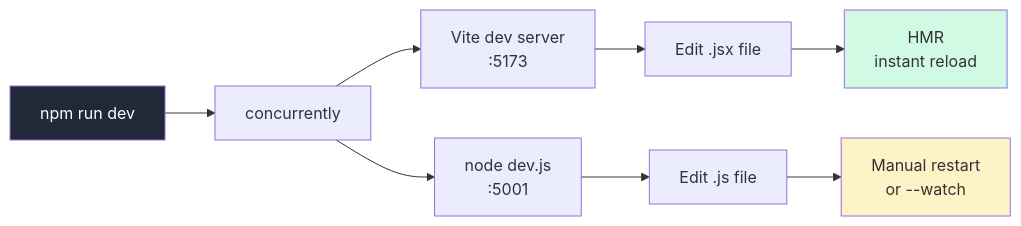
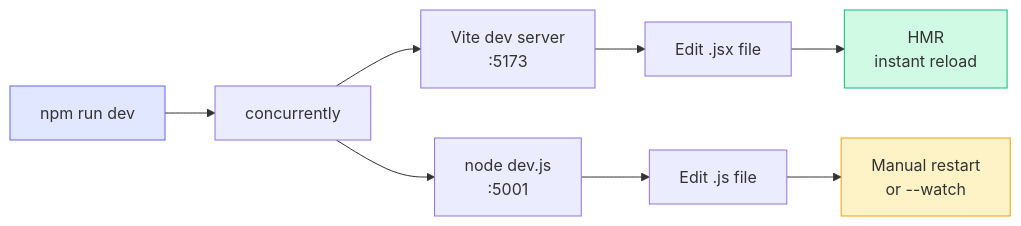
The third of 7 diagrams in docs/build-architecture.md (ahmadkhalil2021/fullstack-task-board), drawn with Mermaid before and after one commit. The commit also changed other lines of this file, not shown here.

First line of the commit message:
Fix dark mode font visibility in Mermaid diagrams

````diff
--- a/docs/build-architecture.md
+++ b/docs/build-architecture.md
@@ -88,14 +98,17 @@
 ```mermaid
 flowchart LR
     A[npm run dev] --> B[concurrently]
     B --> C[Vite dev server<br/>:5173]
     B --> D[node dev.js<br/>:5001]
     C --> E[Edit .jsx file]
     E --> F[HMR<br/>instant reload]
     D --> G[Edit .js file]
     G --> H[Manual restart<br/>or --watch]
 
-    style A fill:#1f2937,color:#fff
-    style F fill:#d1fae5
-    style H fill:#fef3c7
+    classDef inputNode fill:#e0e7ff,stroke:#6366f1
+    classDef outputNode fill:#d1fae5,stroke:#10b981
+    classDef warnNode fill:#fef3c7,stroke:#f59e0b
+    class A inputNode
+    class F outputNode
+    class H warnNode
 ```
````
